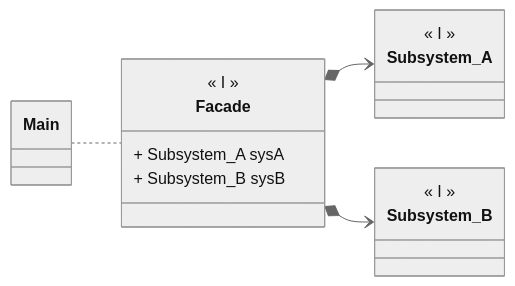
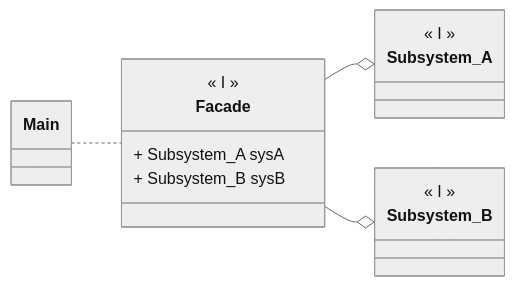
The diagram in Programming/Patterns/data/Facade.md (angelromarco04/MyNotes), drawn with Mermaid (neutral theme) before and after one commit. The commit also changed 4 other files, not shown here.

````diff
--- a/Programming/Patterns/data/Facade.md
+++ b/Programming/Patterns/data/Facade.md
@@ -20,22 +20,22 @@
 ```mermaid
 classDiagram
 direction LR
 
 Main .. Facade
-Facade *--> Subsystem_A
-Facade *--> Subsystem_B
+Facade --o Subsystem_A
+Facade --o Subsystem_B
 
 class Facade {
 	<< I >>
 	+ Subsystem_A sysA
 	+ Subsystem_B sysB
 }
 
 class Subsystem_A {
 	<< I >>
 }
 
 class Subsystem_B {
 	<< I >>
 }
 ```
````
